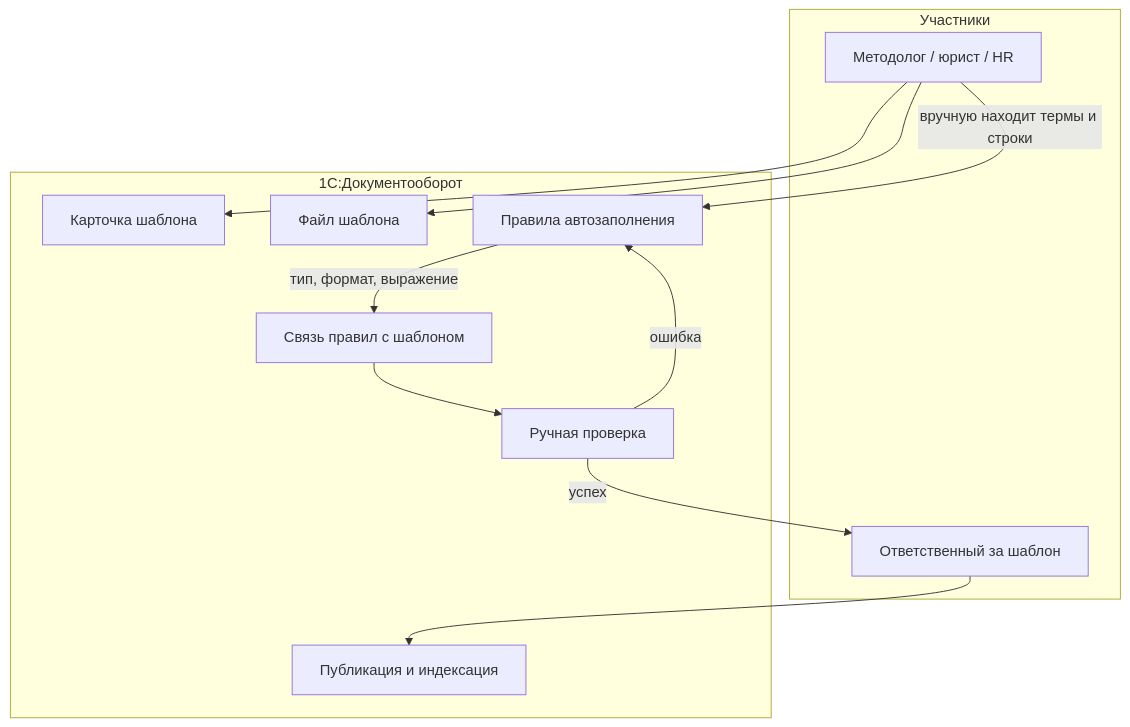
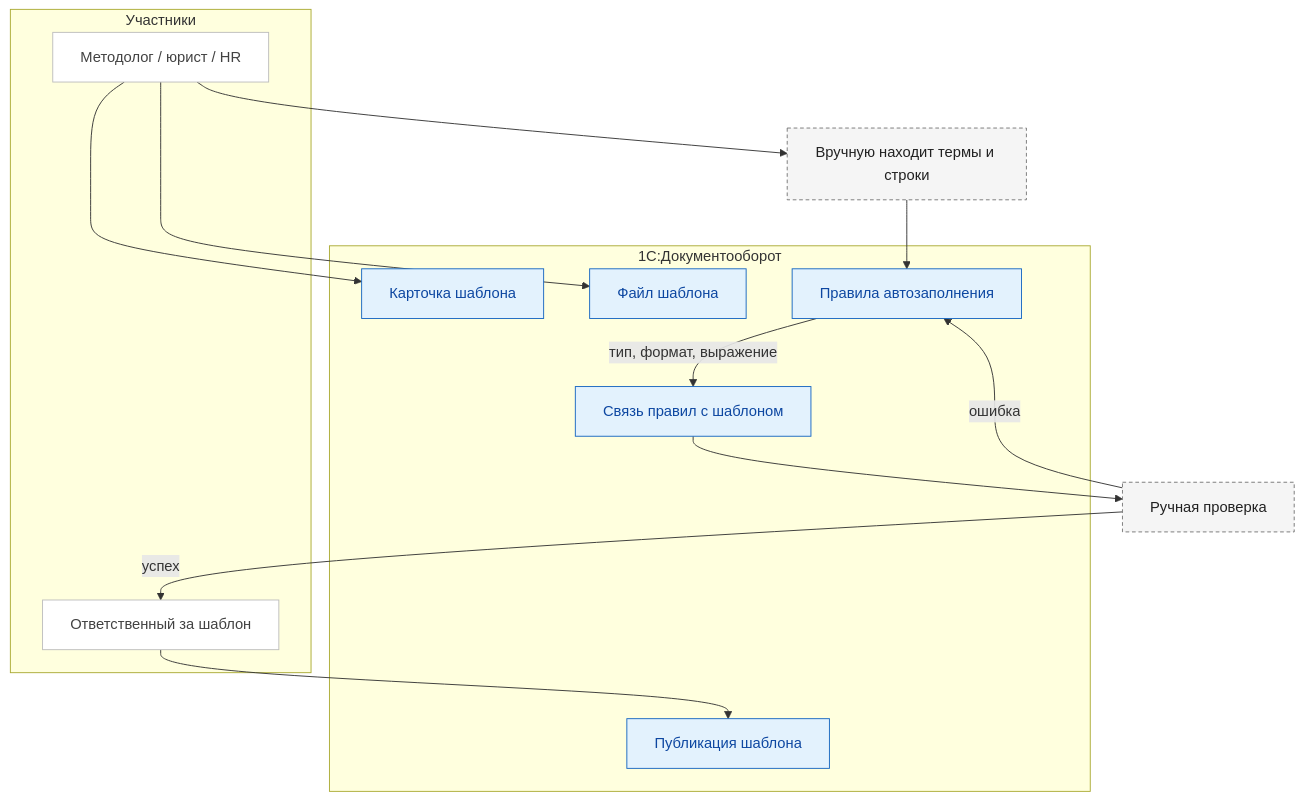
Diagram 13 of 16 in docs/process-diagrams.md (igorvolk1961/ai_scrivener), drawn with Mermaid before and after one commit. The commit also changed other lines of this file and 16 other files, not shown here.

First line of the commit message:
Reorganize docs, add C4 model and color process diagrams

````diff
--- a/docs/process-diagrams.md
+++ b/docs/process-diagrams.md
@@ -387,23 +499,30 @@
 ```mermaid
 flowchart TD
   subgraph P8["Участники"]
     METHOD["Методолог / юрист / HR"]
     APPROVER["Ответственный за шаблон"]
   end
   subgraph B8["1С:Документооборот"]
     CARD["Карточка шаблона"]
     FILE["Файл шаблона"]
     RULES["Правила автозаполнения"]
     LINK["Связь правил с шаблоном"]
-    TEST["Ручная проверка"]
-    PUB["Публикация и индексация"]
+    PUB["Публикация шаблона"]
   end
+  SEARCH["Вручную находит термы и строки"]
+  TEST["Ручная проверка"]
   METHOD --> CARD
   METHOD --> FILE
-  METHOD -->|"вручную находит термы и строки"| RULES
+  METHOD --> SEARCH --> RULES
   RULES -->|"тип, формат, выражение"| LINK
   LINK --> TEST
   TEST -->|"ошибка"| RULES
   TEST -->|"успех"| APPROVER
   APPROVER --> PUB
+  classDef base fill:#E3F2FD,stroke:#1565C0,color:#0D47A1
+  classDef manual fill:#F5F5F5,stroke:#757575,color:#212121,stroke-dasharray: 4 3
+  classDef actor fill:#FFFFFF,stroke:#BDBDBD,color:#424242
+  class METHOD,APPROVER actor
+  class CARD,FILE,RULES,LINK,PUB base
+  class SEARCH,TEST manual
 ```
````
